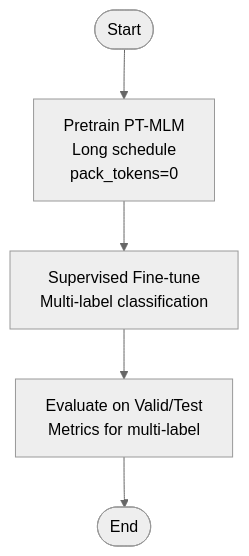
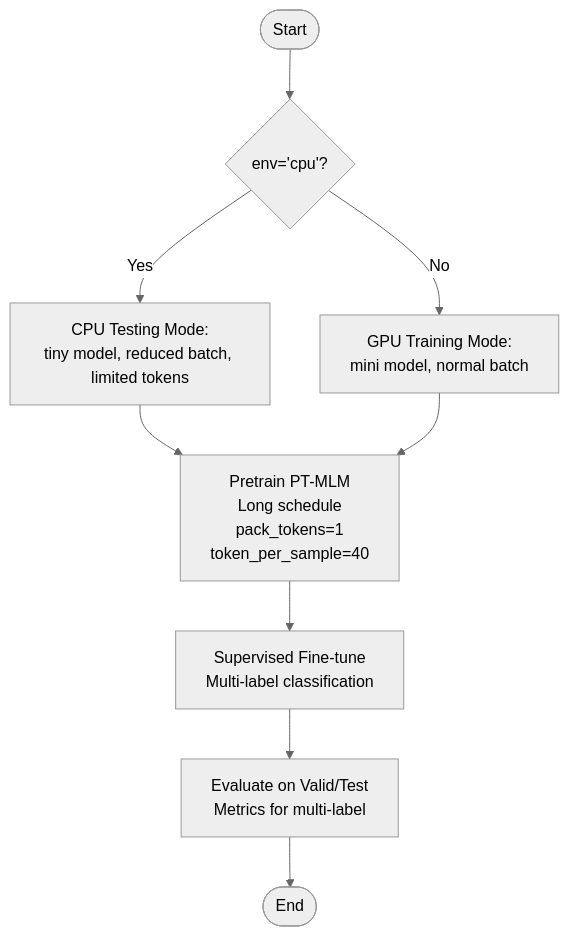
Before and after one commit to alibaba/graph-gpt: the fourth of 6 diagrams in .qoder/repowiki/en/content/Example Scripts/Graph-Level Examples.md, drawn with Mermaid (neutral theme). The commit also changed other lines of this file and 8 other files, not shown here.

````diff
--- a/.qoder/repowiki/en/content/Example Scripts/Graph-Level Examples.md
+++ b/.qoder/repowiki/en/content/Example Scripts/Graph-Level Examples.md
@@ -233,7 +244,11 @@
 ```mermaid
 flowchart TD
-Start2(["Start"]) --> PT2["Pretrain PT-MLM<br/>Long schedule<br/>pack_tokens=0"]
+Start2(["Start"]) --> EnvCheck2{"env='cpu'?"}
+EnvCheck2 --> |Yes| CPUMode2["CPU Testing Mode:<br/>tiny model, reduced batch, limited tokens"]
+EnvCheck2 --> |No| GPUMode2["GPU Training Mode:<br/>mini model, normal batch"]
+CPUMode2 --> PT2["Pretrain PT-MLM<br/>Long schedule<br/>pack_tokens=1<br/>token_per_sample=40"]
+GPUMode2 --> PT2
 PT2 --> SV2["Supervised Fine-tune<br/>Multi-label classification"]
 SV2 --> Eval2["Evaluate on Valid/Test<br/>Metrics for multi-label"]
 Eval2 --> End2(["End"])
 ```
````
